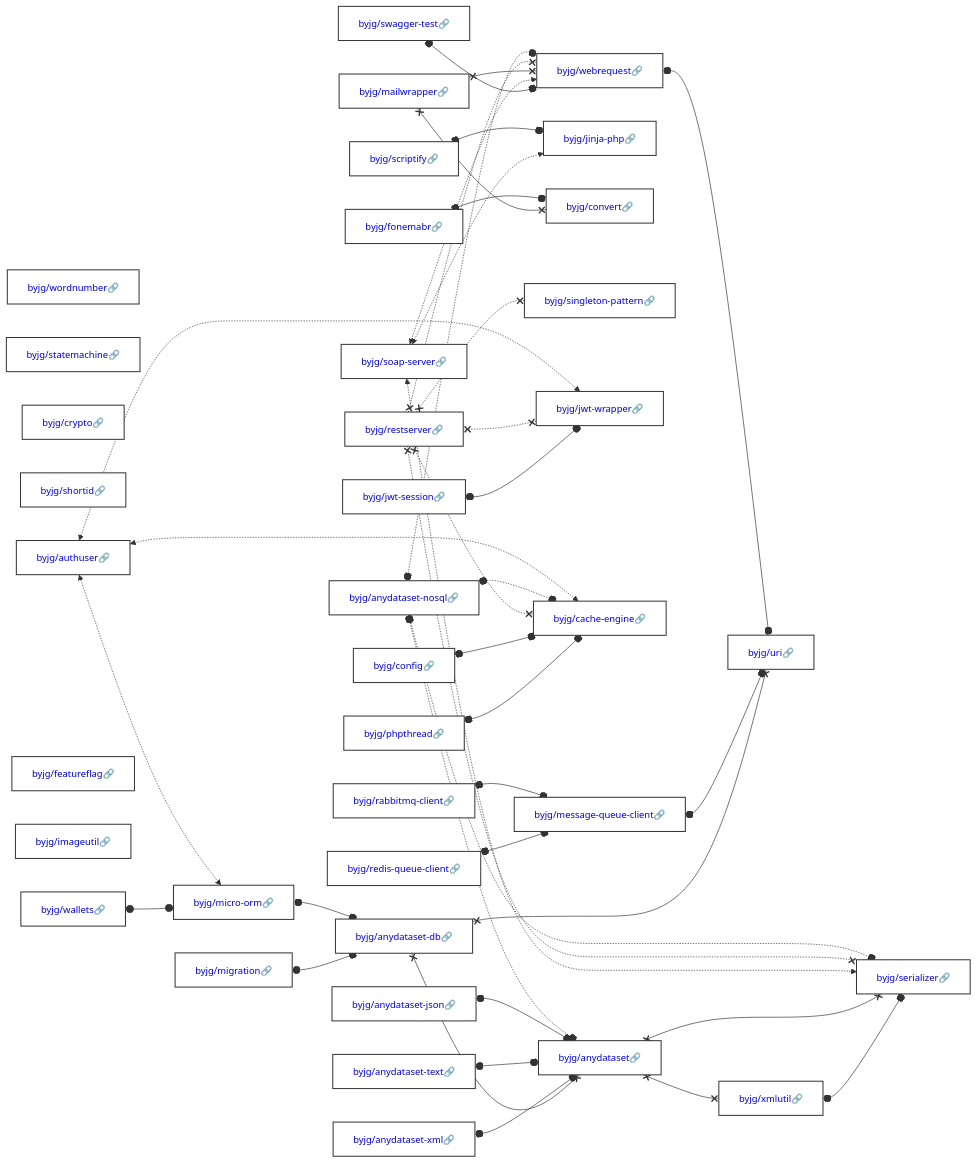
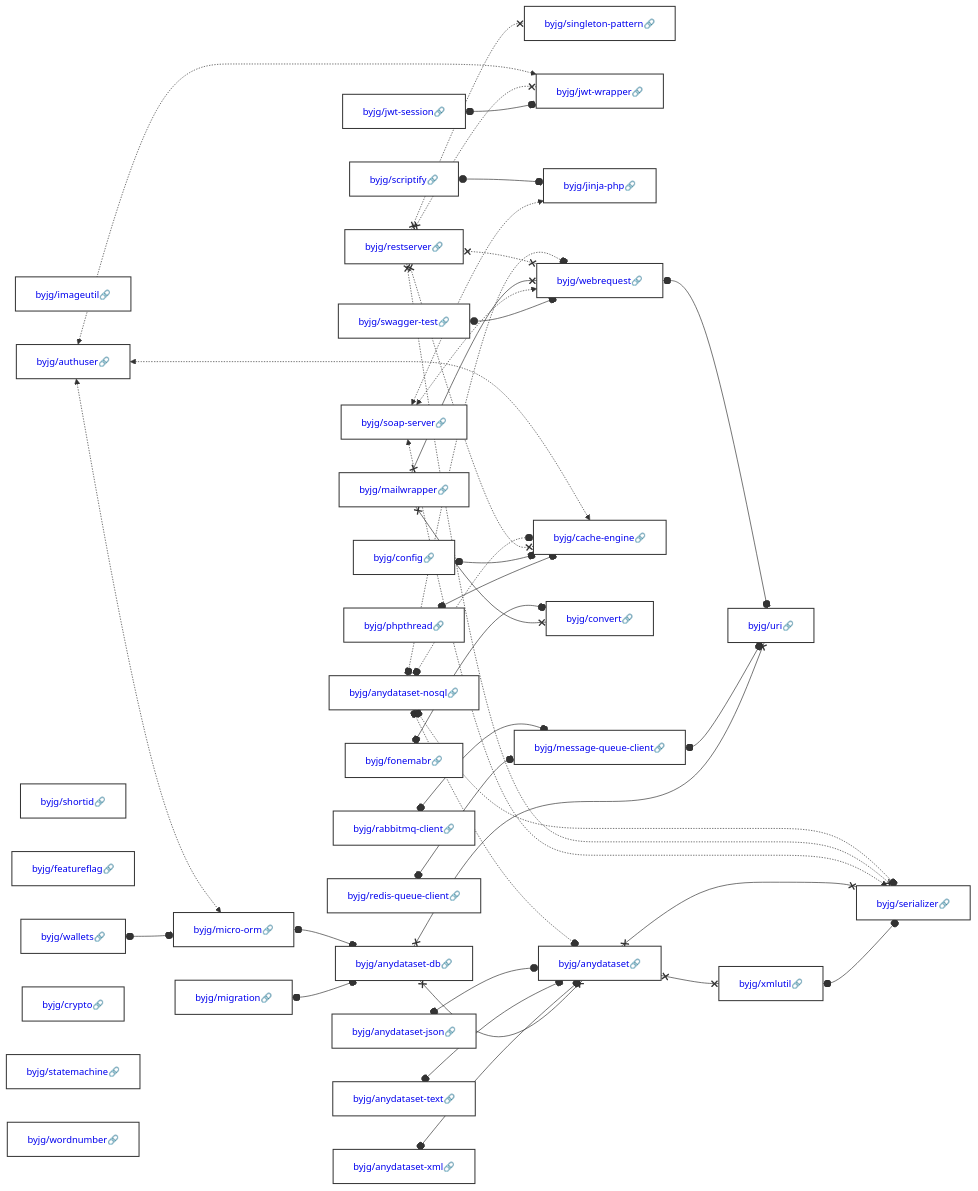
Before and after one commit to byjg/byjg.github.io: the diagram in docs/php/README.md, drawn with Mermaid. The commit also changed other lines of this file, not shown here.

Commit message:
Update documentation 'php' 'php-serializer'

````diff
--- a/docs/php/README.md
+++ b/docs/php/README.md
@@ -3,37 +3,37 @@
 ```mermaid
 graph LR;
-  byjg/wordnumber[<a href='https://opensource.byjg.com/docs/php/wordnumber' style='text-decoration:none'>byjg/wordnumber🔗</a>];
+  byjg/imageutil[<a href='https://opensource.byjg.com/docs/php/imageutil' style='text-decoration:none'>byjg/imageutil🔗</a>];
+  byjg/wallets[<a href='https://opensource.byjg.com/docs/php/wallets' style='text-decoration:none'>byjg/wallets🔗</a>];
+  byjg/jwt-session[<a href='https://opensource.byjg.com/docs/php/jwt-session' style='text-decoration:none'>byjg/jwt-session🔗</a>];
+  byjg/anydataset-xml[<a href='https://opensource.byjg.com/docs/php/anydataset-xml' style='text-decoration:none'>byjg/anydataset-xml🔗</a>];
+  byjg/shortid[<a href='https://opensource.byjg.com/docs/php/shortid' style='text-decoration:none'>byjg/shortid🔗</a>];
+  byjg/featureflag[<a href='https://opensource.byjg.com/docs/php/featureflag' style='text-decoration:none'>byjg/featureflag🔗</a>];
   byjg/anydataset-nosql[<a href='https://opensource.byjg.com/docs/php/anydataset-nosql' style='text-decoration:none'>byjg/anydataset-nosql🔗</a>];
-  byjg/redis-queue-client[<a href='https://opensource.byjg.com/docs/php/redis-queue-client' style='text-decoration:none'>byjg/redis-queue-client🔗</a>];
+  byjg/mailwrapper[<a href='https://opensource.byjg.com/docs/php/mailwrapper' style='text-decoration:none'>byjg/mailwrapper🔗</a>];
+  byjg/authuser[<a href='https://opensource.byjg.com/docs/php/authuser' style='text-decoration:none'>byjg/authuser🔗</a>];
+  byjg/migration[<a href='https://opensource.byjg.com/docs/php/migration' style='text-decoration:none'>byjg/migration🔗</a>];
+  byjg/anydataset-text[<a href='https://opensource.byjg.com/docs/php/anydataset-text' style='text-decoration:none'>byjg/anydataset-text🔗</a>];
   byjg/soap-server[<a href='https://opensource.byjg.com/docs/php/soap-server' style='text-decoration:none'>byjg/soap-server🔗</a>];
-  byjg/statemachine[<a href='https://opensource.byjg.com/docs/php/statemachine' style='text-decoration:none'>byjg/statemachine🔗</a>];
-  byjg/crypto[<a href='https://opensource.byjg.com/docs/php/crypto' style='text-decoration:none'>byjg/crypto🔗</a>];
+  byjg/phpthread[<a href='https://opensource.byjg.com/docs/php/phpthread' style='text-decoration:none'>byjg/phpthread🔗</a>];
+  byjg/restserver[<a href='https://opensource.byjg.com/docs/php/restserver' style='text-decoration:none'>byjg/restserver🔗</a>];
+  byjg/anydataset-json[<a href='https://opensource.byjg.com/docs/php/anydataset-json' style='text-decoration:none'>byjg/anydataset-json🔗</a>];
   byjg/rabbitmq-client[<a href='https://opensource.byjg.com/docs/php/rabbitmq-client' style='text-decoration:none'>byjg/rabbitmq-client🔗</a>];
   byjg/scriptify[<a href='https://opensource.byjg.com/docs/php/scriptify' style='text-decoration:none'>byjg/scriptify🔗</a>];
-  byjg/shortid[<a href='https://opensource.byjg.com/docs/php/shortid' style='text-decoration:none'>byjg/shortid🔗</a>];
-  byjg/mailwrapper[<a href='https://opensource.byjg.com/docs/php/mailwrapper' style='text-decoration:none'>byjg/mailwrapper🔗</a>];
-  byjg/anydataset-json[<a href='https://opensource.byjg.com/docs/php/anydataset-json' style='text-decoration:none'>byjg/anydataset-json🔗</a>];
-  byjg/migration[<a href='https://opensource.byjg.com/docs/php/migration' style='text-decoration:none'>byjg/migration🔗</a>];
-  byjg/authuser[<a href='https://opensource.byjg.com/docs/php/authuser' style='text-decoration:none'>byjg/authuser🔗</a>];
-  byjg/anydataset-text[<a href='https://opensource.byjg.com/docs/php/anydataset-text' style='text-decoration:none'>byjg/anydataset-text🔗</a>];
+  byjg/crypto[<a href='https://opensource.byjg.com/docs/php/crypto' style='text-decoration:none'>byjg/crypto🔗</a>];
+  byjg/statemachine[<a href='https://opensource.byjg.com/docs/php/statemachine' style='text-decoration:none'>byjg/statemachine🔗</a>];
+  byjg/redis-queue-client[<a href='https://opensource.byjg.com/docs/php/redis-queue-client' style='text-decoration:none'>byjg/redis-queue-client🔗</a>];
+  byjg/config[<a href='https://opensource.byjg.com/docs/php/config' style='text-decoration:none'>byjg/config🔗</a>];
+  byjg/wordnumber[<a href='https://opensource.byjg.com/docs/php/wordnumber' style='text-decoration:none'>byjg/wordnumber🔗</a>];
   byjg/fonemabr[<a href='https://opensource.byjg.com/docs/php/fonemabr' style='text-decoration:none'>byjg/fonemabr🔗</a>];
-  byjg/featureflag[<a href='https://opensource.byjg.com/docs/php/featureflag' style='text-decoration:none'>byjg/featureflag🔗</a>];
-  byjg/restserver[<a href='https://opensource.byjg.com/docs/php/restserver' style='text-decoration:none'>byjg/restserver🔗</a>];
-  byjg/jwt-session[<a href='https://opensource.byjg.com/docs/php/jwt-session' style='text-decoration:none'>byjg/jwt-session🔗</a>];
-  byjg/imageutil[<a href='https://opensource.byjg.com/docs/php/imageutil' style='text-decoration:none'>byjg/imageutil🔗</a>];
-  byjg/phpthread[<a href='https://opensource.byjg.com/docs/php/phpthread' style='text-decoration:none'>byjg/phpthread🔗</a>];
-  byjg/config[<a href='https://opensource.byjg.com/docs/php/config' style='text-decoration:none'>byjg/config🔗</a>];
   byjg/swagger-test[<a href='https://opensource.byjg.com/docs/php/swagger-test' style='text-decoration:none'>byjg/swagger-test🔗</a>];
-  byjg/anydataset-xml[<a href='https://opensource.byjg.com/docs/php/anydataset-xml' style='text-decoration:none'>byjg/anydataset-xml🔗</a>];
-  byjg/wallets[<a href='https://opensource.byjg.com/docs/php/wallets' style='text-decoration:none'>byjg/wallets🔗</a>];
-  byjg/message-queue-client[<a href='https://opensource.byjg.com/docs/php/message-queue-client' style='text-decoration:none'>byjg/message-queue-client🔗</a>];
-  byjg/jinja-php[<a href='https://opensource.byjg.com/docs/php/jinja-php' style='text-decoration:none'>byjg/jinja-php🔗</a>];
-  byjg/convert[<a href='https://opensource.byjg.com/docs/php/convert' style='text-decoration:none'>byjg/convert🔗</a>];
+  byjg/micro-orm[<a href='https://opensource.byjg.com/docs/php/micro-orm' style='text-decoration:none'>byjg/micro-orm🔗</a>];
   byjg/singleton-pattern[<a href='https://opensource.byjg.com/docs/php/singleton-pattern' style='text-decoration:none'>byjg/singleton-pattern🔗</a>];
   byjg/jwt-wrapper[<a href='https://opensource.byjg.com/docs/php/jwt-wrapper' style='text-decoration:none'>byjg/jwt-wrapper🔗</a>];
+  byjg/jinja-php[<a href='https://opensource.byjg.com/docs/php/jinja-php' style='text-decoration:none'>byjg/jinja-php🔗</a>];
+  byjg/message-queue-client[<a href='https://opensource.byjg.com/docs/php/message-queue-client' style='text-decoration:none'>byjg/message-queue-client🔗</a>];
   byjg/cache-engine[<a href='https://opensource.byjg.com/docs/php/cache-engine' style='text-decoration:none'>byjg/cache-engine🔗</a>];
+  byjg/convert[<a href='https://opensource.byjg.com/docs/php/convert' style='text-decoration:none'>byjg/convert🔗</a>];
   byjg/webrequest[<a href='https://opensource.byjg.com/docs/php/webrequest' style='text-decoration:none'>byjg/webrequest🔗</a>];
-  byjg/micro-orm[<a href='https://opensource.byjg.com/docs/php/micro-orm' style='text-decoration:none'>byjg/micro-orm🔗</a>];
   byjg/anydataset-db[<a href='https://opensource.byjg.com/docs/php/anydataset-db' style='text-decoration:none'>byjg/anydataset-db🔗</a>];
   byjg/anydataset[<a href='https://opensource.byjg.com/docs/php/anydataset' style='text-decoration:none'>byjg/anydataset🔗</a>];
   byjg/uri[<a href='https://opensource.byjg.com/docs/php/uri' style='text-decoration:none'>byjg/uri🔗</a>];
````
